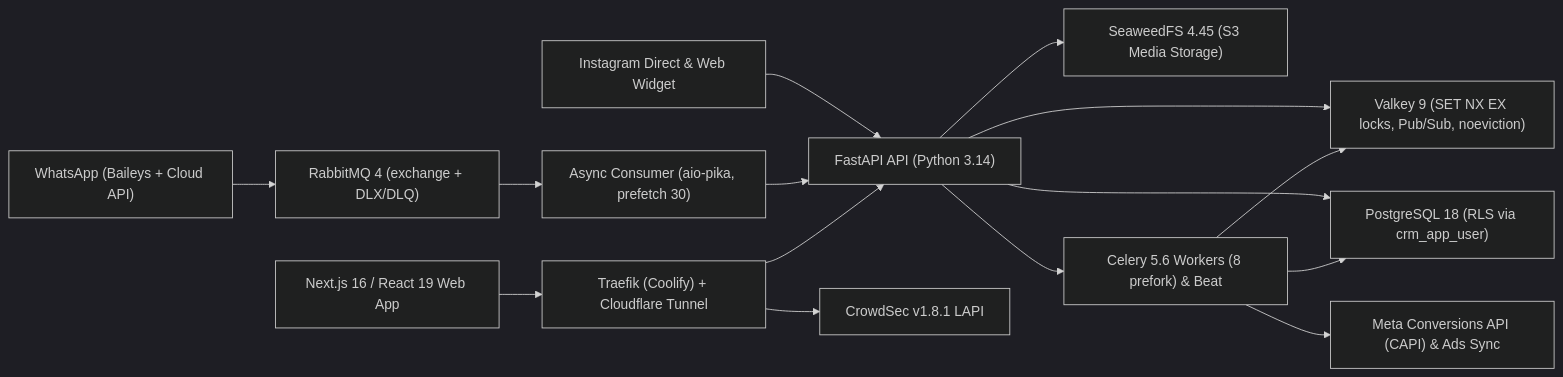
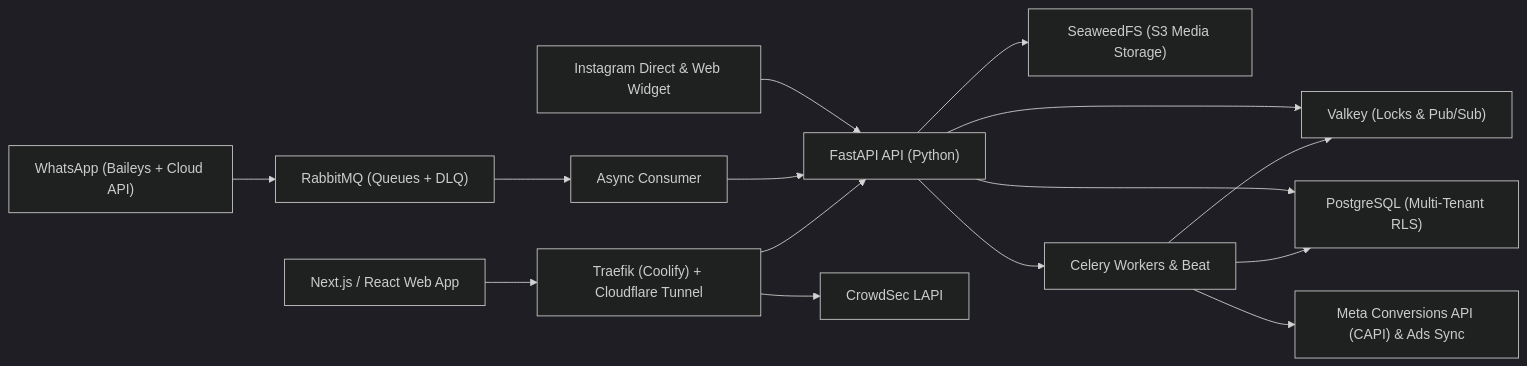
The diagram in README.md (antonyandrade01/skorp-crm), drawn with Mermaid (dark theme) before and after one commit. The commit also changed other lines of this file, not shown here.

````diff
--- a/README.md
+++ b/README.md
@@ -15,17 +15,17 @@
 ```mermaid
 flowchart LR
-    WA["WhatsApp (Baileys + Cloud API)"] --> RMQ["RabbitMQ 4 (exchange + DLX/DLQ)"]
-    IG["Instagram Direct & Web Widget"] --> API["FastAPI API (Python 3.14)"]
-    RMQ --> CONS["Async Consumer (aio-pika, prefetch 30)"]
+    WA["WhatsApp (Baileys + Cloud API)"] --> RMQ["RabbitMQ (Queues + DLQ)"]
+    IG["Instagram Direct & Web Widget"] --> API["FastAPI API (Python)"]
+    RMQ --> CONS["Async Consumer"]
     CONS --> API
-    API --> VK["Valkey 9 (SET NX EX locks, Pub/Sub, noeviction)"]
-    API --> PG["PostgreSQL 18 (RLS via crm_app_user)"]
-    API --> S3["SeaweedFS 4.45 (S3 Media Storage)"]
-    API --> CEL["Celery 5.6 Workers (8 prefork) & Beat"]
+    API --> VK["Valkey (Locks & Pub/Sub)"]
+    API --> PG["PostgreSQL (Multi-Tenant RLS)"]
+    API --> S3["SeaweedFS (S3 Media Storage)"]
+    API --> CEL["Celery Workers & Beat"]
     CEL --> PG
     CEL --> VK
     CEL --> CAPI["Meta Conversions API (CAPI) & Ads Sync"]
-    WEB["Next.js 16 / React 19 Web App"] --> TR["Traefik (Coolify) + Cloudflare Tunnel"]
+    WEB["Next.js / React Web App"] --> TR["Traefik (Coolify) + Cloudflare Tunnel"]
     TR --> API
-    TR --> CS["CrowdSec v1.8.1 LAPI"]
+    TR --> CS["CrowdSec LAPI"]
 ```
````
